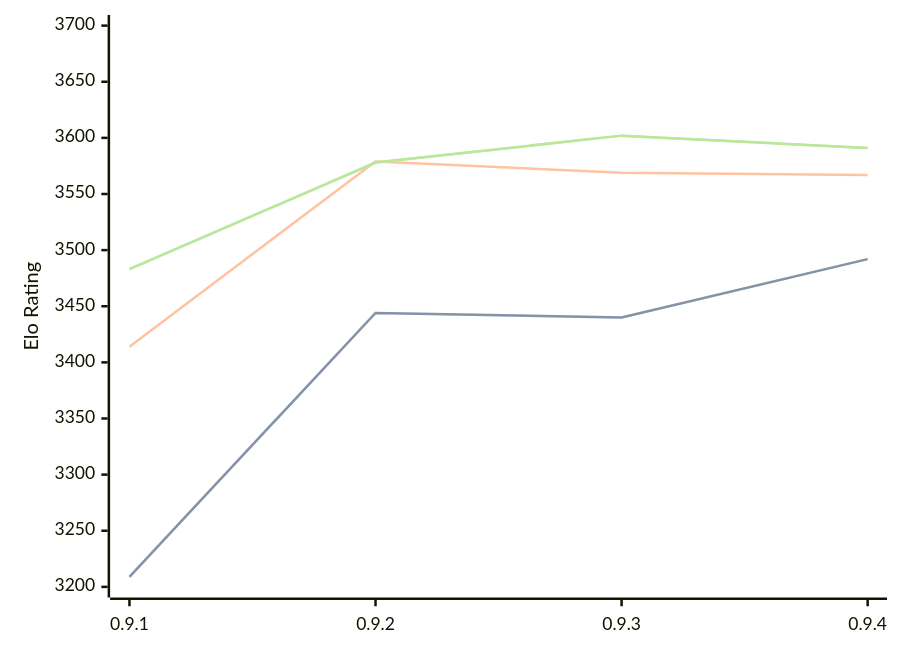
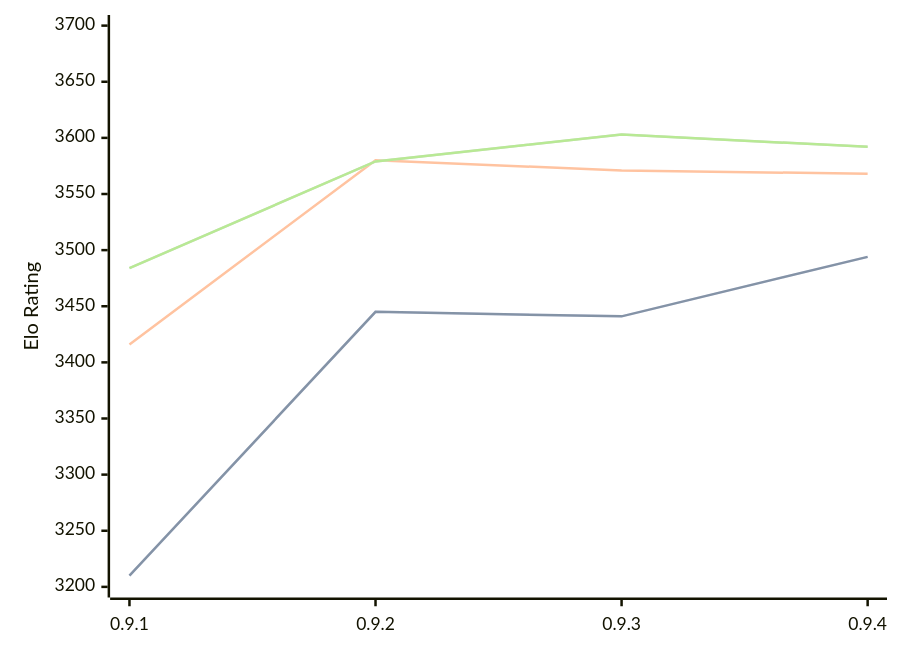
Before and after one commit to computer-chess-index/cci: the diagram in engines/Coda.md, drawn with Mermaid. The commit also changed other lines of this file, not shown here.

Commit message:
Update CCI Ratings (ELO VLTC) - 2026-10-09

````diff
--- a/engines/Coda.md
+++ b/engines/Coda.md
@@ -34,11 +34,11 @@
 ```mermaid
 %%{init: {"theme":"base","themeVariables":{"seriesColors:['#a3a3a3','#222221','#faa371']}}}%%
 xychart-beta
   x-axis ["0.9.1", "0.9.2", "0.9.3", "0.9.4"]
   y-axis "Elo Rating" 3200 --> 3700
-  line "" [3209, 3444, 3440, 3492]
-  line "STC (8.0+0.08s)" [3209, 3444, 3440, 3492]
-  line "LTC (60.0+0.60s)" [3414, 3579, 3569, 3567]
-  line "" [3483, 3578, 3602, 3591]
-  line "VLTC (2m24s+1.12s)" [3483, 3578, 3602, 3591]
+  line "" [3210, 3445, 3441, 3494]
+  line "STC (8.0+0.08s)" [3210, 3445, 3441, 3494]
+  line "LTC (60.0+0.60s)" [3416, 3580, 3571, 3568]
+  line "" [3484, 3579, 3603, 3592]
+  line "VLTC (2m24s+1.12s)" [3484, 3579, 3603, 3592]
 ```
````
